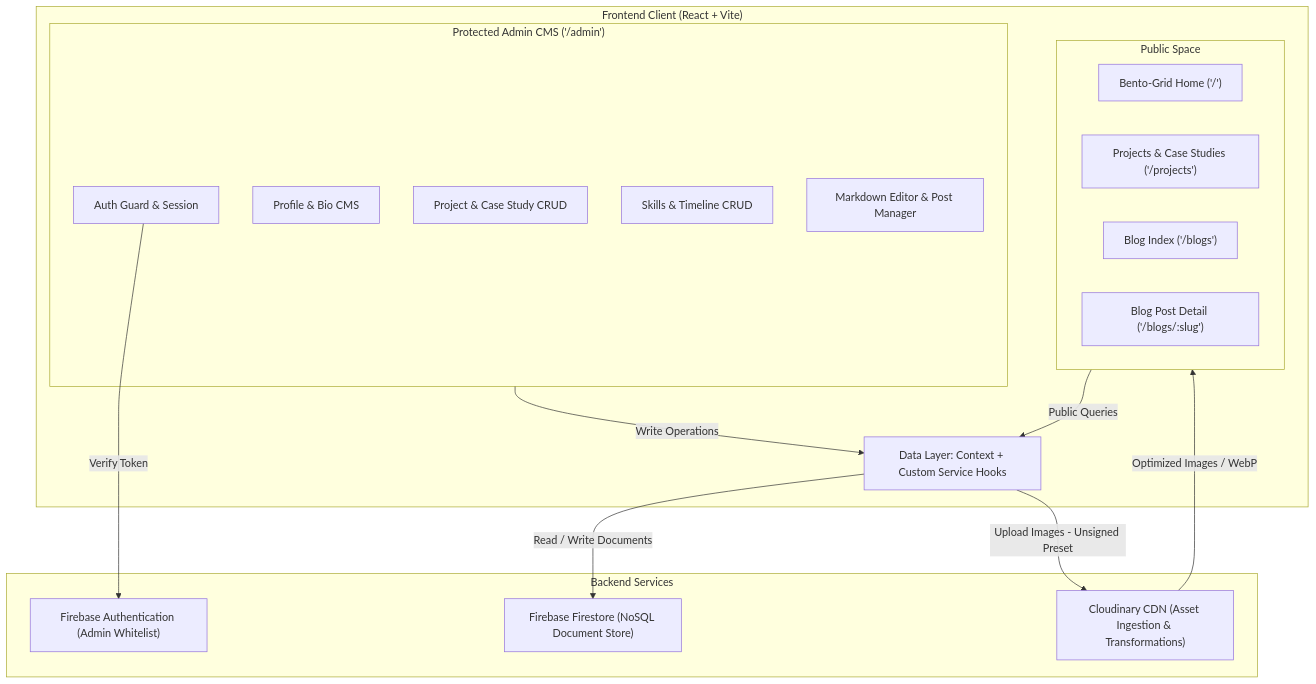
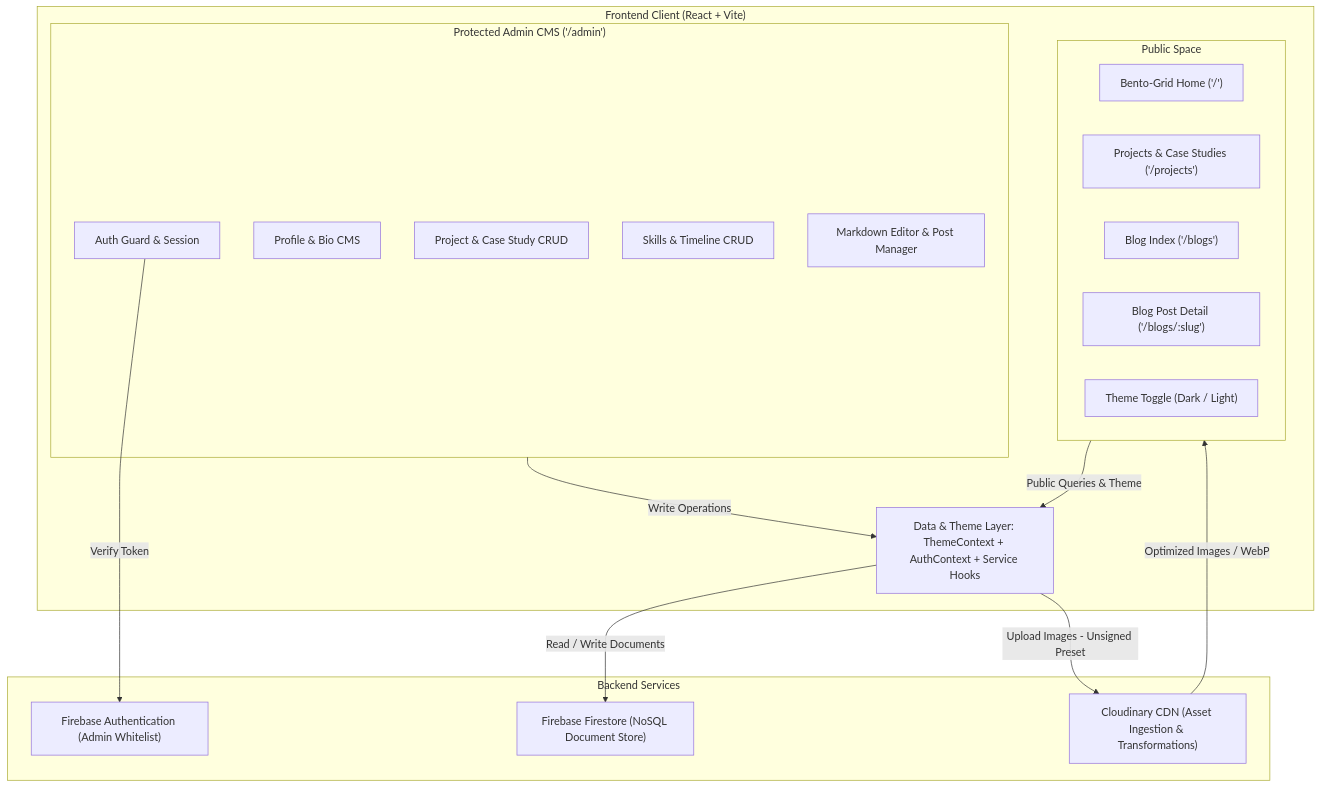
The first of 4 diagrams in V2/architecture.md (Piyush-Bhagwat/portfolio), drawn with Mermaid before and after one commit. The commit also changed other lines of this file and 37 other files, not shown here.

First line of the commit message:
feat: Implement theme toggle functionality with dark and light modes

````diff
--- a/V2/architecture.md
+++ b/V2/architecture.md
@@ -18,36 +19,37 @@
 ```mermaid
 flowchart TD
     subgraph Client["Frontend Client (React + Vite)"]
         subgraph PublicApp["Public Space"]
             Home["Bento-Grid Home ('/')"]
             ProjectsView["Projects & Case Studies ('/projects')"]
             BlogIndex["Blog Index ('/blogs')"]
             BlogPost["Blog Post Detail ('/blogs/:slug')"]
+            ThemeSwitch["Theme Toggle (Dark / Light)"]
         end
 
         subgraph AdminApp["Protected Admin CMS ('/admin')"]
             AuthGuard["Auth Guard & Session"]
             ProfileEditor["Profile & Bio CMS"]
             ProjectsCMS["Project & Case Study CRUD"]
             SkillsExpCMS["Skills & Timeline CRUD"]
             BlogCMS["Markdown Editor & Post Manager"]
         end
 
-        StateLayer["Data Layer: Context + Custom Service Hooks"]
+        StateLayer["Data & Theme Layer: ThemeContext + AuthContext + Service Hooks"]
     end
 
     subgraph BackendServices["Backend Services"]
         FirebaseAuth["Firebase Authentication (Admin Whitelist)"]
         Firestore["Firebase Firestore (NoSQL Document Store)"]
         CloudinaryCDN["Cloudinary CDN (Asset Ingestion & Transformations)"]
     end
 
     %% Interactions
     AuthGuard -->|Verify Token| FirebaseAuth
-    PublicApp -->|Public Queries| StateLayer
+    PublicApp -->|Public Queries & Theme| StateLayer
     AdminApp -->|Write Operations| StateLayer
 
     StateLayer -->|Read / Write Documents| Firestore
     StateLayer -->|Upload Images - Unsigned Preset| CloudinaryCDN
     CloudinaryCDN -->|Optimized Images / WebP| PublicApp
 ```
````
